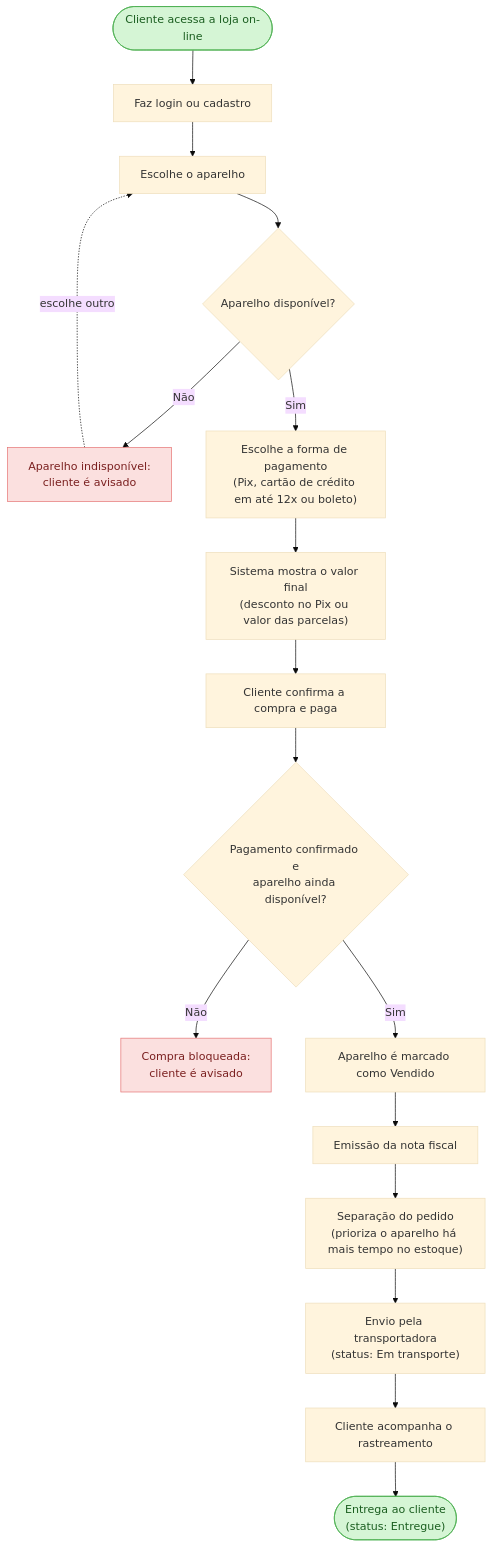
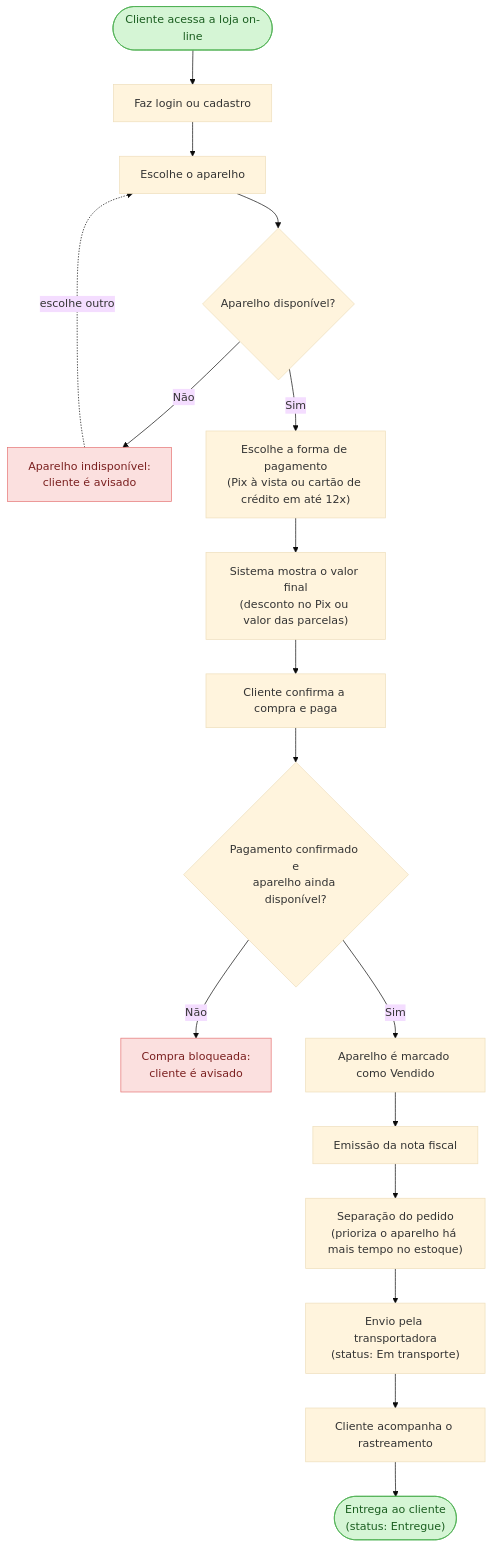
Before and after one commit to RyanHenrique20/CellGO: the first of 4 diagrams in README.md, drawn with Mermaid (base theme). The commit also changed other lines of this file and 1 other file, not shown here.

First line of the commit message:
docs: remove boleto das formas de pagamento

````diff
--- a/README.md
+++ b/README.md
@@ -1048,29 +1057,29 @@
 ```mermaid
 flowchart TD
     A1(["Cliente acessa a loja on-line"]):::startEnd
     B1["Faz login ou cadastro"]
     C1["Escolhe o aparelho"]
     D1{"Aparelho disponível?"}
     E1["Aparelho indisponível:<br/>cliente é avisado"]:::red
-    F1["Escolhe a forma de pagamento<br/>(Pix, cartão de crédito em até 12x ou boleto)"]
+    F1["Escolhe a forma de pagamento<br/>(Pix à vista ou cartão de crédito em até 12x)"]
     G1["Sistema mostra o valor final<br/>(desconto no Pix ou valor das parcelas)"]
     H1["Cliente confirma a compra e paga"]
     I1{"Pagamento confirmado e<br/>aparelho ainda disponível?"}
     J1["Compra bloqueada:<br/>cliente é avisado"]:::red
     K1["Aparelho é marcado como Vendido"]
     L1["Emissão da nota fiscal"]
     M1["Separação do pedido<br/>(prioriza o aparelho há mais tempo no estoque)"]
     N1["Envio pela transportadora<br/>(status: Em transporte)"]
     O1["Cliente acompanha o rastreamento"]
     P1(["Entrega ao cliente<br/>(status: Entregue)"]):::startEnd
 
     A1 --> B1 --> C1 --> D1
     D1 -- Não --> E1
     E1 -. escolhe outro .-> C1
     D1 -- Sim --> F1 --> G1 --> H1 --> I1
     I1 -- Não --> J1
     I1 -- Sim --> K1 --> L1 --> M1 --> N1 --> O1 --> P1
 
     classDef startEnd fill:#d5f5d5,stroke:#4caf50,color:#1b5e20;
     classDef red fill:#fbe0df,stroke:#e57373,color:#7a1f1f;
 ```
````
